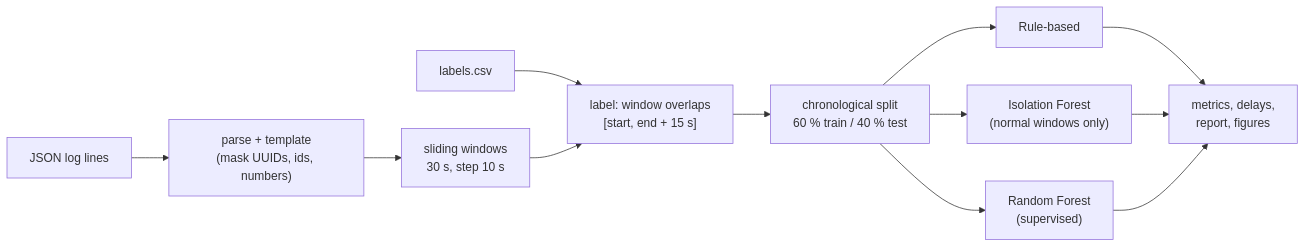
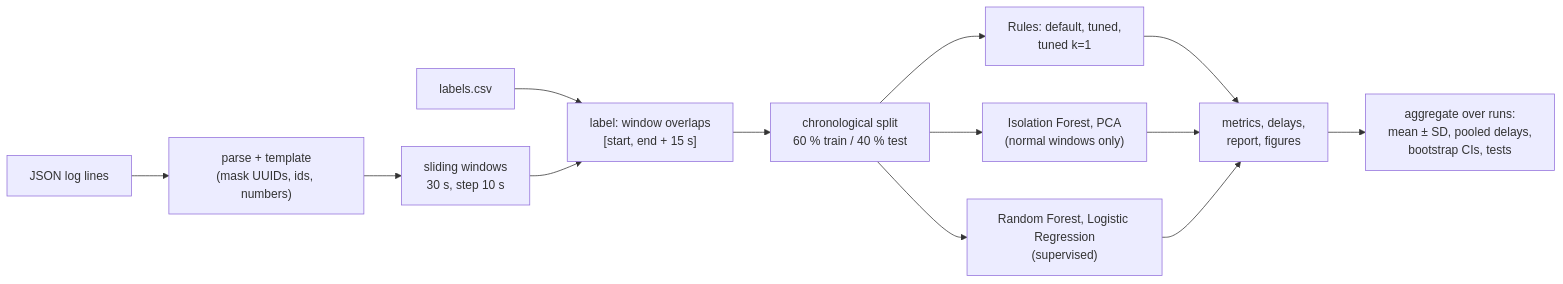
One commit to cheaphearom/e-commerce changed the third of 3 diagrams in README.md. Above: the diagram before and after it, drawn with Mermaid. The commit also changed other lines of this file, not shown here.

````diff
--- a/README.md
+++ b/README.md
@@ -352,12 +355,13 @@
 ```mermaid
 flowchart LR
     A["JSON log lines"] --> B["parse + template<br/>(mask UUIDs, ids, numbers)"]
     B --> C["sliding windows<br/>30 s, step 10 s"]
     L["labels.csv"] --> D
     C --> D["label: window overlaps<br/>[start, end + 15 s]"]
     D --> E["chronological split<br/>60 % train / 40 % test"]
-    E --> F1["Rule-based"]
-    E --> F2["Isolation Forest<br/>(normal windows only)"]
-    E --> F3["Random Forest<br/>(supervised)"]
-    F1 & F2 & F3 --> G["metrics, delays,<br/>report, figures"]
+    E --> R["Rules: default, tuned,<br/>tuned k=1"]
+    E --> U["Isolation Forest, PCA<br/>(normal windows only)"]
+    E --> S["Random Forest, Logistic Regression<br/>(supervised)"]
+    R & U & S --> G["metrics, delays,<br/>report, figures"]
+    G --> AG["aggregate over runs:<br/>mean ± SD, pooled delays,<br/>bootstrap CIs, tests"]
 ```
````
